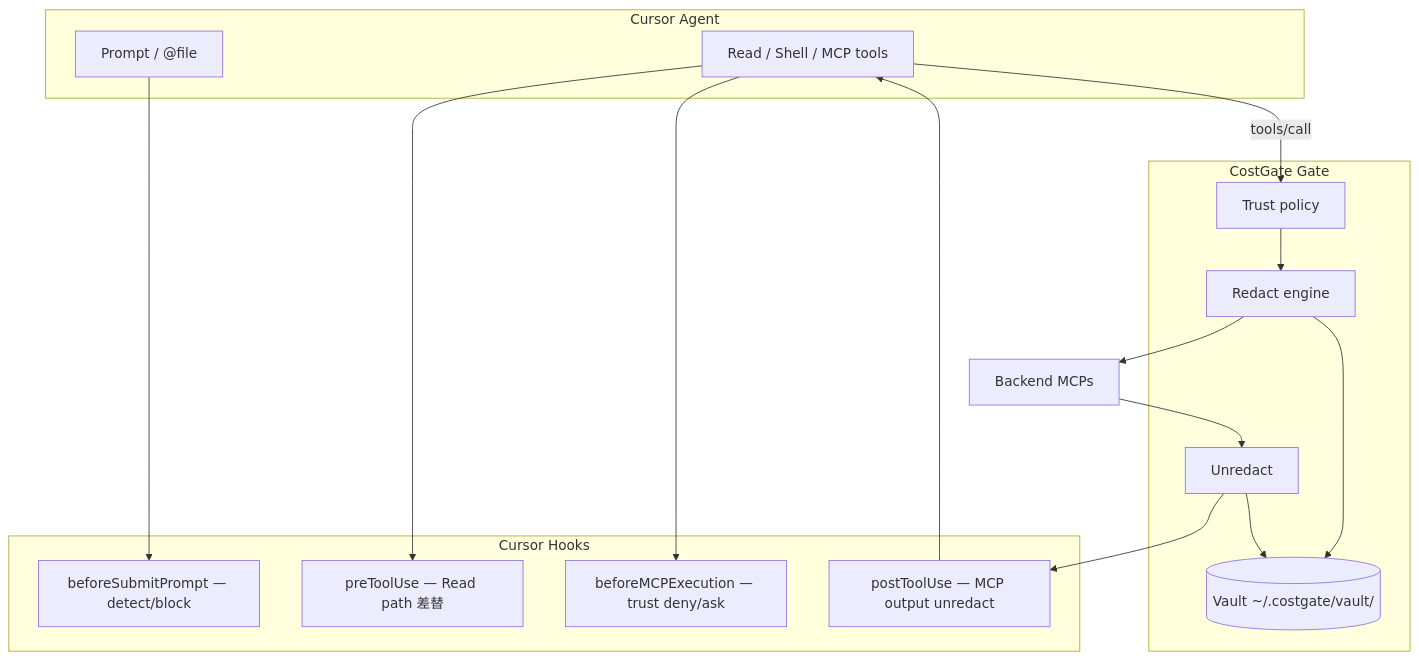
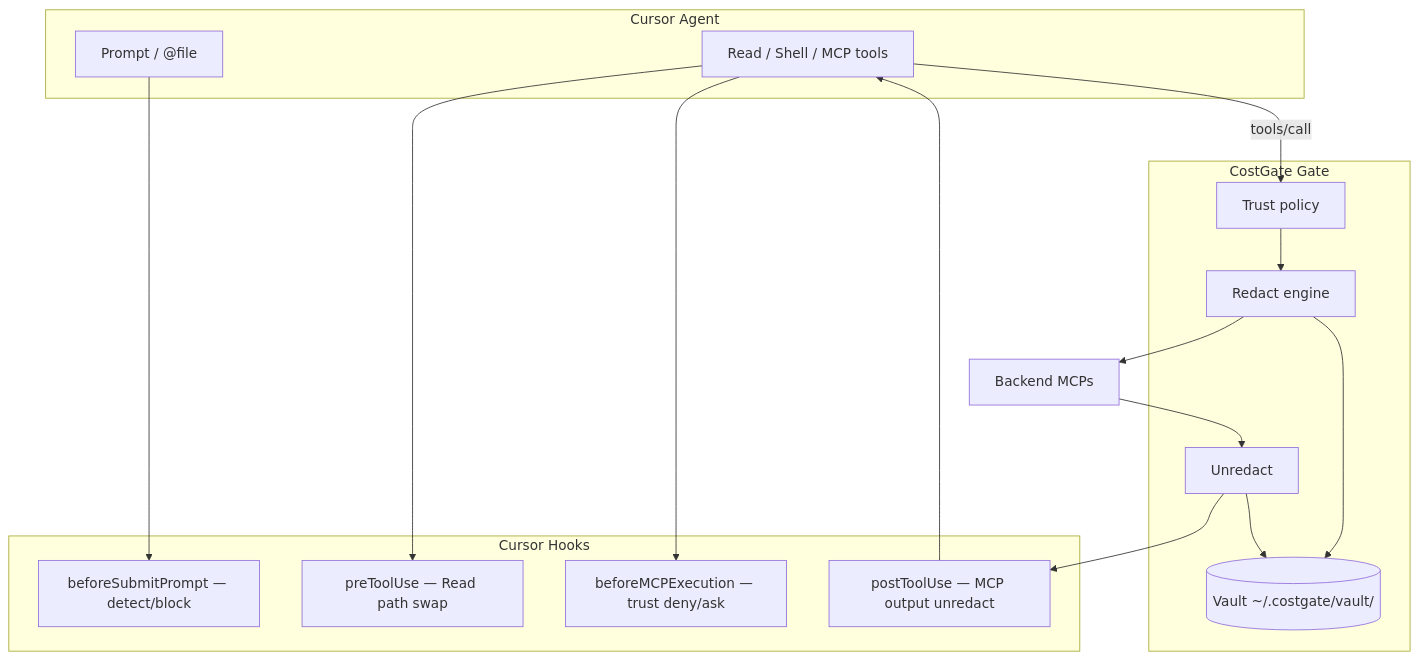
The diagram in docs/dev/shield-trust.md (YukiMiyatake/costgate), drawn with Mermaid before and after one commit. The commit also changed other lines of this file and 21 other files, not shown here.

````diff
--- a/docs/dev/shield-trust.md
+++ b/docs/dev/shield-trust.md
@@ -46,33 +48,33 @@
 ```mermaid
 flowchart TB
   subgraph cursor [Cursor Agent]
     P[Prompt / @file]
     R[Read / Shell / MCP tools]
   end
 
   subgraph hooks [Cursor Hooks]
     BSP[beforeSubmitPrompt — detect/block]
-    PTU[preToolUse — Read path 差替]
+    PTU[preToolUse — Read path swap]
     BMCP[beforeMCPExecution — trust deny/ask]
     PT[postToolUse — MCP output unredact]
   end
 
   subgraph gate [CostGate Gate]
     TR[Trust policy]
     RED[Redact engine]
     VAULT[(Vault ~/.costgate/vault/)]
     UNRED[Unredact]
   end
 
   P --> BSP
   R --> PTU
   R --> BMCP
   R -->|tools/call| TR
   TR --> RED
   RED --> VAULT
   RED --> MCP[Backend MCPs]
   MCP --> UNRED
   UNRED --> VAULT
   UNRED --> PT
   PT --> R
 ```
````
